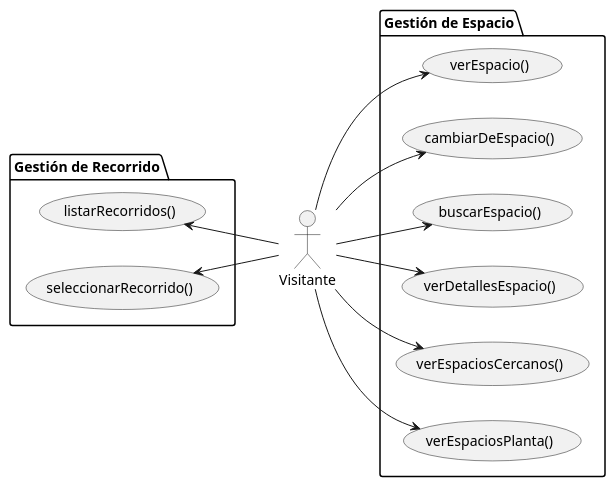
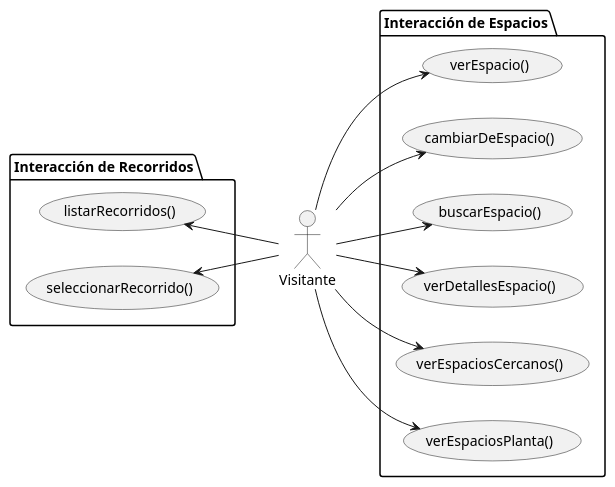
The diagram in documentos/01-casoDeUso/1-CasoDeUso/Visitante/visitanteCasosDeUso.puml (Camila-Lesly/25-26-idsw1-sdr), drawn with PlantUML before and after one commit. The commit also changed 3 other files, not shown here.

```diff
--- a/documentos/01-casoDeUso/1-CasoDeUso/Visitante/visitanteCasosDeUso.puml
+++ b/documentos/01-casoDeUso/1-CasoDeUso/Visitante/visitanteCasosDeUso.puml
@@ -1,30 +1,31 @@
 @startuml
 
 left to right direction
 
 actor "Visitante" as visitante
 
-package "Gestión de Espacio"{
+package "Interacción de Espacios"{
     usecase verEspacio as "verEspacio()"
     usecase cambiarDeEspacio as "cambiarDeEspacio()"
     usecase buscarEspacio as "buscarEspacio()"
     usecase verDetallesEspacio as "verDetallesEspacio()"
     usecase verEspaciosCercanos as "verEspaciosCercanos()"
     usecase verEspaciosPlanta as "verEspaciosPlanta()"
 }
 
-package "Gestión de Recorrido"{
+package "Interacción de Recorridos"{
     usecase listarRecorridos as "listarRecorridos()"
     usecase seleccionarRecorrido as "seleccionarRecorrido()"
 }
 
 visitante --> (verEspacio)
 visitante --> (cambiarDeEspacio)
 visitante --> (buscarEspacio)
 visitante --> (verDetallesEspacio)
 visitante --> (verEspaciosCercanos)
 visitante --> (verEspaciosPlanta)
 
 (seleccionarRecorrido) <-- visitante
 (listarRecorridos) <-- visitante
+
 @enduml
```
